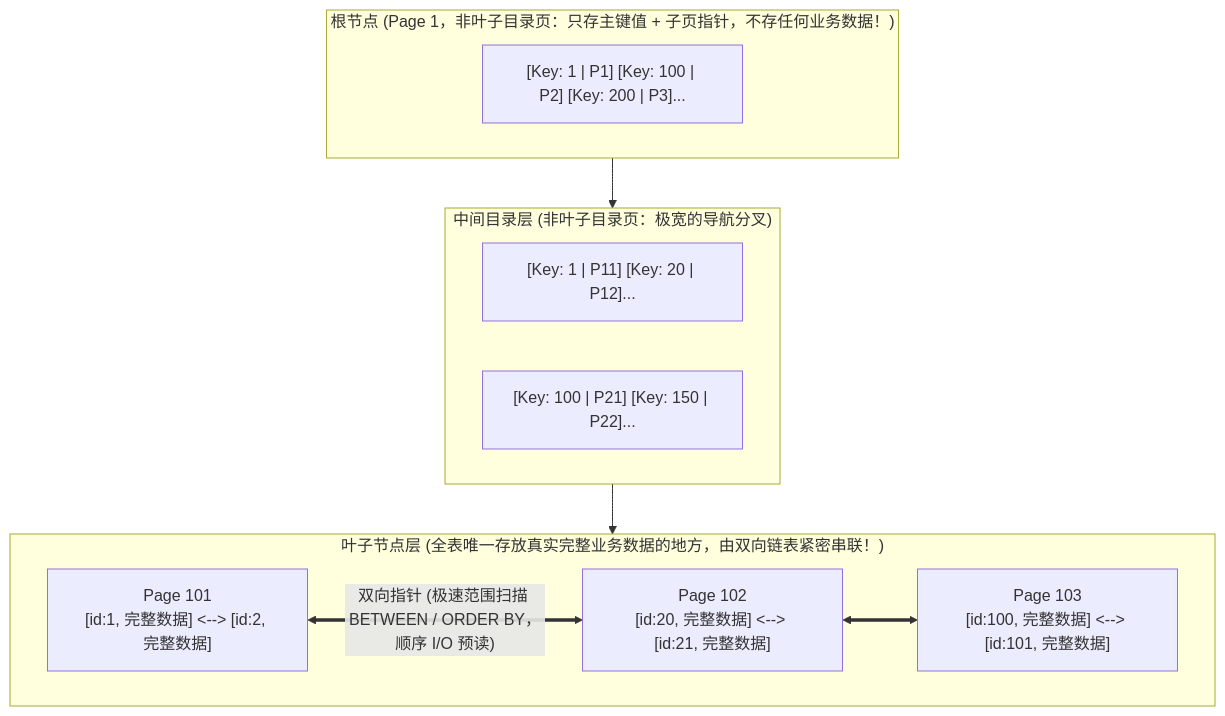
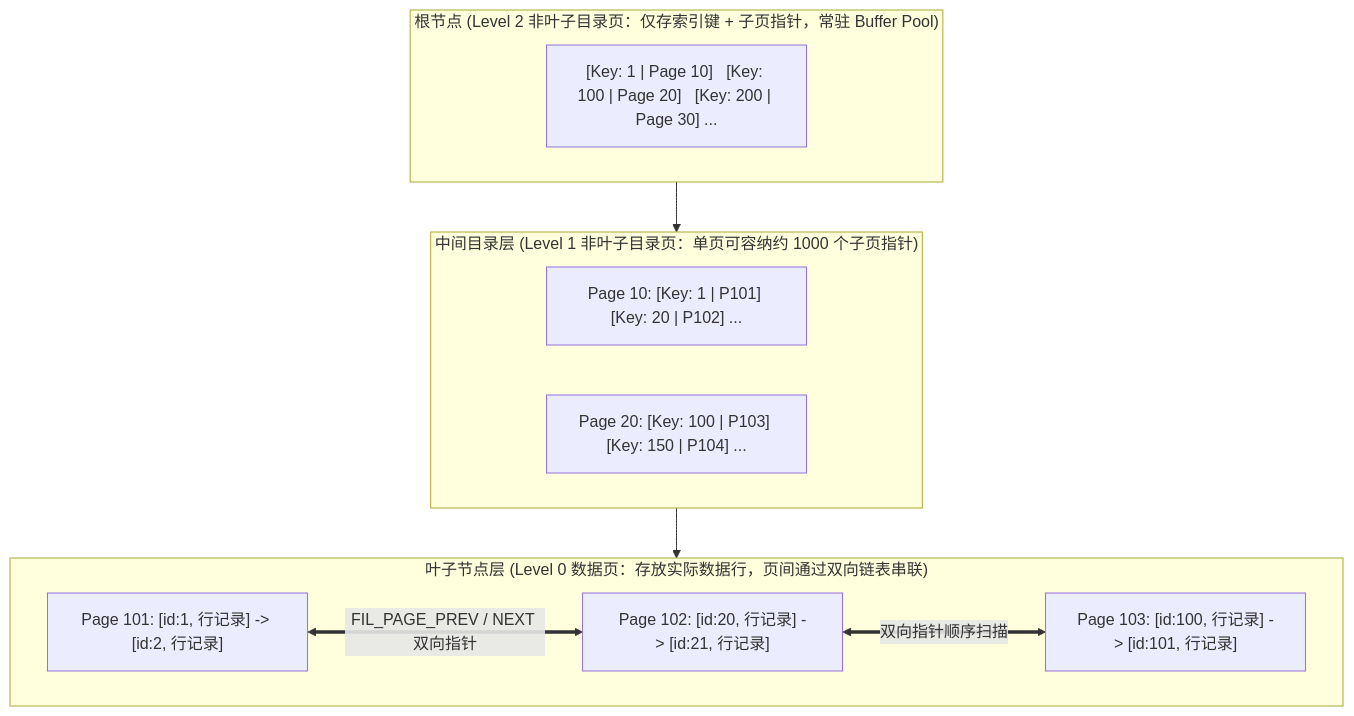
One commit to GuoWWWX/knowledge-base changed the third of 6 diagrams in 20-Java后端/05-数据库与存储/01-MySQL索引原理-B+树.md. Above: the diagram before and after it, drawn with Mermaid. The commit also changed other lines of this file and 251 other files, not shown here.

````diff
--- a/20-Java后端/05-数据库与存储/01-MySQL索引原理-B+树.md
+++ b/20-Java后端/05-数据库与存储/01-MySQL索引原理-B+树.md
@@ -79,22 +72,22 @@
 ```mermaid
 flowchart TD
-    subgraph Root["根节点 (Page 1，非叶子目录页：只存主键值 + 子页指针，不存任何业务数据！)"]
-        R1["[Key: 1 | P1] [Key: 100 | P2] [Key: 200 | P3]..."]
+    subgraph Root["根节点 (Level 2 非叶子目录页：仅存索引键 + 子页指针，常驻 Buffer Pool)"]
+        R1["[Key: 1 | Page 10]   [Key: 100 | Page 20]   [Key: 200 | Page 30] ..."]
     end
 
-    subgraph Branch["中间目录层 (非叶子目录页：极宽的导航分叉)"]
-        B1["[Key: 1 | P11] [Key: 20 | P12]..."]
-        B2["[Key: 100 | P21] [Key: 150 | P22]..."]
+    subgraph Branch["中间目录层 (Level 1 非叶子目录页：单页可容纳约 1000 个子页指针)"]
+        B1["Page 10: [Key: 1 | P101] [Key: 20 | P102] ..."]
+        B2["Page 20: [Key: 100 | P103] [Key: 150 | P104] ..."]
     end
 
-    subgraph Leaf["叶子节点层 (全表唯一存放真实完整业务数据的地方，由双向链表紧密串联！)"]
-        L1["Page 101<br/>[id:1, 完整数据] <--> [id:2, 完整数据]"]
-        L2["Page 102<br/>[id:20, 完整数据] <--> [id:21, 完整数据]"]
-        L3["Page 103<br/>[id:100, 完整数据] <--> [id:101, 完整数据]"]
+    subgraph Leaf["叶子节点层 (Level 0 数据页：存放实际数据行，页间通过双向链表串联)"]
+        L1["Page 101: [id:1, 行记录] -> [id:2, 行记录]"]
+        L2["Page 102: [id:20, 行记录] -> [id:21, 行记录]"]
+        L3["Page 103: [id:100, 行记录] -> [id:101, 行记录]"]
     end
 
     Root --> Branch
     Branch --> Leaf
-    L1 <==>|"双向指针 (极速范围扫描 BETWEEN / ORDER BY，顺序 I/O 预读)"| L2
-    L2 <==> L3
+    L1 <==>|"FIL_PAGE_PREV / NEXT 双向指针"| L2
+    L2 <==>|"双向指针顺序扫描"| L3
 ```
````
